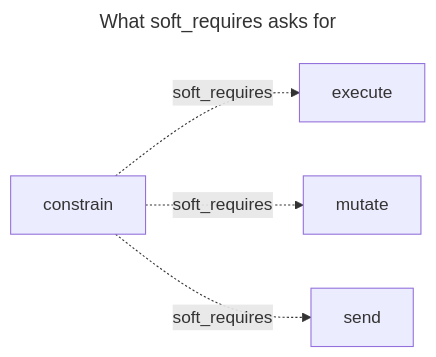
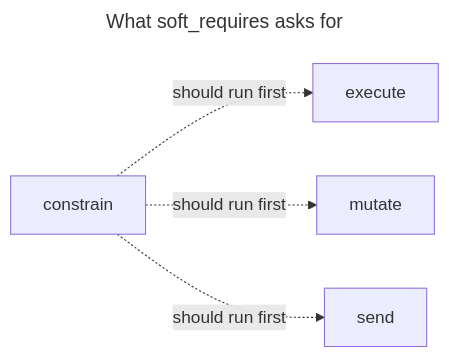
The tenth of 10 diagrams in docs/WORKFLOW_PATTERNS.md (synaptiai/agent-capability-standard), drawn with Mermaid before and after one commit. The commit also changed other lines of this file and 1 other file, not shown here.

First line of the commit message:
docs: correct and extend the diagrams in the two guides

````diff
--- a/docs/WORKFLOW_PATTERNS.md
+++ b/docs/WORKFLOW_PATTERNS.md
@@ -628,7 +687,8 @@
 ```mermaid
 ---
 title: What soft_requires asks for
 ---
 flowchart LR
-  constrain -.->|soft_requires| execute & mutate & send
+  accDescr: A constrain step should run before execute, mutate and send steps; without it the workflow still validates, with warning W601.
+  constrain -.->|should run first| execute & mutate & send
 ```
````
